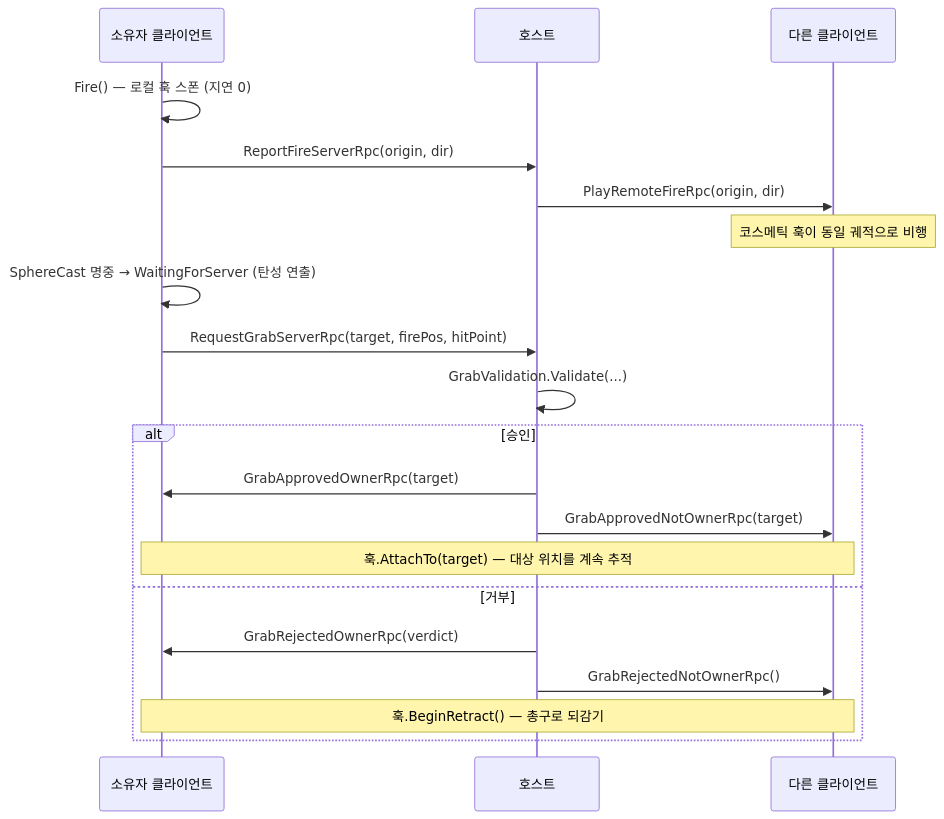
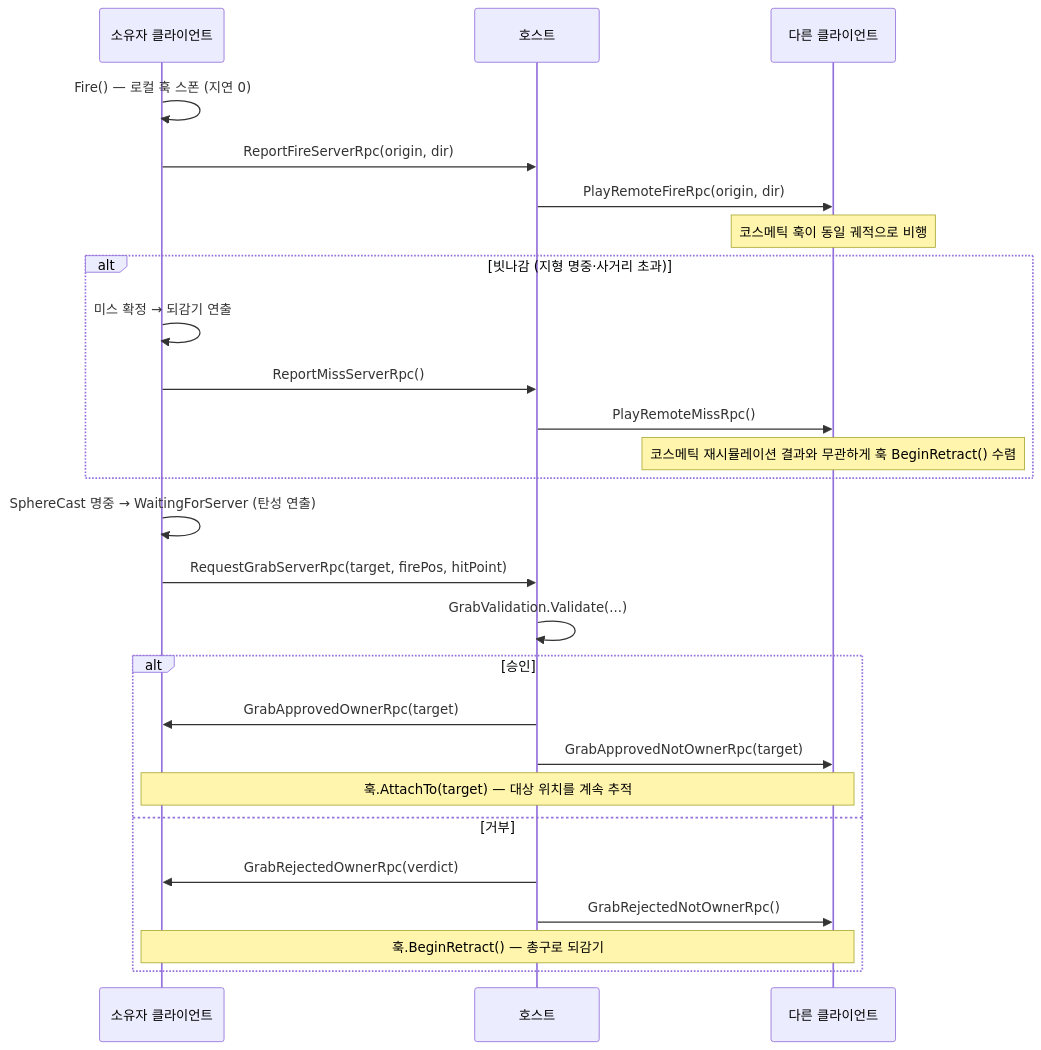
Before and after one commit to hanwoolhanwool/Train-Survival: the third of 3 diagrams in docs/specs/harpoon/grapple-pipeline.md, drawn with Mermaid. The commit also changed other lines of this file and 1 other file, not shown here.

````diff
--- a/docs/specs/harpoon/grapple-pipeline.md
+++ b/docs/specs/harpoon/grapple-pipeline.md
@@ -158,24 +158,31 @@
 ```mermaid
 sequenceDiagram
     participant Shooter as 소유자 클라이언트
     participant Server as 호스트
     participant Others as 다른 클라이언트
 
     Shooter->>Shooter: Fire() — 로컬 훅 스폰 (지연 0)
     Shooter->>Server: ReportFireServerRpc(origin, dir)
     Server->>Others: PlayRemoteFireRpc(origin, dir)
     Note over Others: 코스메틱 훅이 동일 궤적으로 비행
+
+    alt 빗나감 (지형 명중·사거리 초과)
+        Shooter->>Shooter: 미스 확정 → 되감기 연출
+        Shooter->>Server: ReportMissServerRpc()
+        Server->>Others: PlayRemoteMissRpc()
+        Note over Others: 코스메틱 재시뮬레이션 결과와 무관하게 훅 BeginRetract() 수렴
+    end
 
     Shooter->>Shooter: SphereCast 명중 → WaitingForServer (탄성 연출)
     Shooter->>Server: RequestGrabServerRpc(target, firePos, hitPoint)
     Server->>Server: GrabValidation.Validate(...)
     alt 승인
         Server->>Shooter: GrabApprovedOwnerRpc(target)
         Server->>Others: GrabApprovedNotOwnerRpc(target)
         Note over Shooter,Others: 훅.AttachTo(target) — 대상 위치를 계속 추적
     else 거부
         Server->>Shooter: GrabRejectedOwnerRpc(verdict)
         Server->>Others: GrabRejectedNotOwnerRpc()
         Note over Shooter,Others: 훅.BeginRetract() — 총구로 되감기
     end
 ```
````
